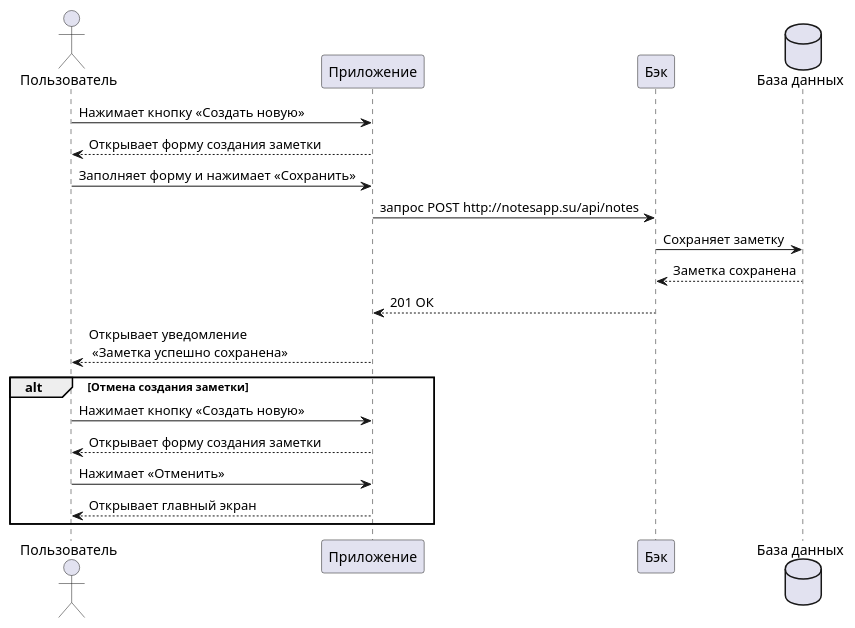
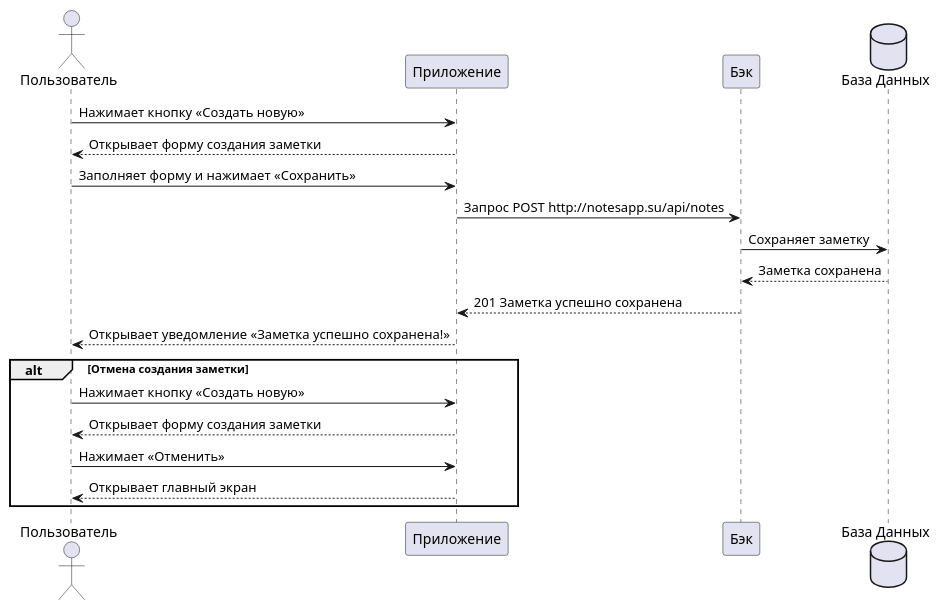
One commit to novillero/my-awesome-project changed the diagram in docs/scenario-1.md. Above: the diagram before and after it, drawn with PlantUML. The commit also changed other lines of this file and 1 other file, not shown here.

Commit message:
turn on plantuml

````diff
--- a/docs/scenario-1.md
+++ b/docs/scenario-1.md
@@ -41,25 +39,26 @@
 ```puml
 @startuml
-actor Пользователь
-participant Приложение
-participant Бэк
-database "База данных"
 
-Пользователь -> Приложение: Нажимает кнопку «Создать новую»
-Пользователь <-- Приложение: Открывает форму создания заметки
-Пользователь -> Приложение: Заполняет форму и нажимает «Сохранить»
-Приложение -> Бэк: запрос POST http://notesapp.su/api/notes
-Бэк -> "База данных": Сохраняет заметку
-Бэк <-- "База данных": Заметка сохранена
-Бэк --> Приложение: 201 ОК
-Приложение --> Пользователь: Открывает уведомление\n «Заметка успешно сохранена»
+actor Пользователь as user
+participant Приложение as client
+participant Бэк as back
+database "База Данных" as db
+
+user -> client: Нажимает кнопку «Создать новую»
+user <-- client: Открывает форму создания заметки
+user -> client: Заполняет форму и нажимает «Сохранить»
+client -> back: Запрос POST http://notesapp.su/api/notes
+back -> db: Сохраняет заметку
+back <-- db: Заметка сохранена
+client <-- back: 201 Заметка успешно сохранена
+user <-- client: Открывает уведомление «Заметка успешно сохранена!»
 
 alt Отмена создания заметки
-Пользователь -> Приложение: Нажимает кнопку «Создать новую»
-Пользователь <-- Приложение: Открывает форму создания заметки
-Пользователь -> Приложение: Нажимает «Отменить»
-Приложение --> Пользователь: Открывает главный экран
+user -> client: Нажимает кнопку «Создать новую»
+user <-- client: Открывает форму создания заметки
+user -> client: Нажимает «Отменить»
+user <-- client: Открывает главный экран
 end alt
 
 @enduml
 ```
````
